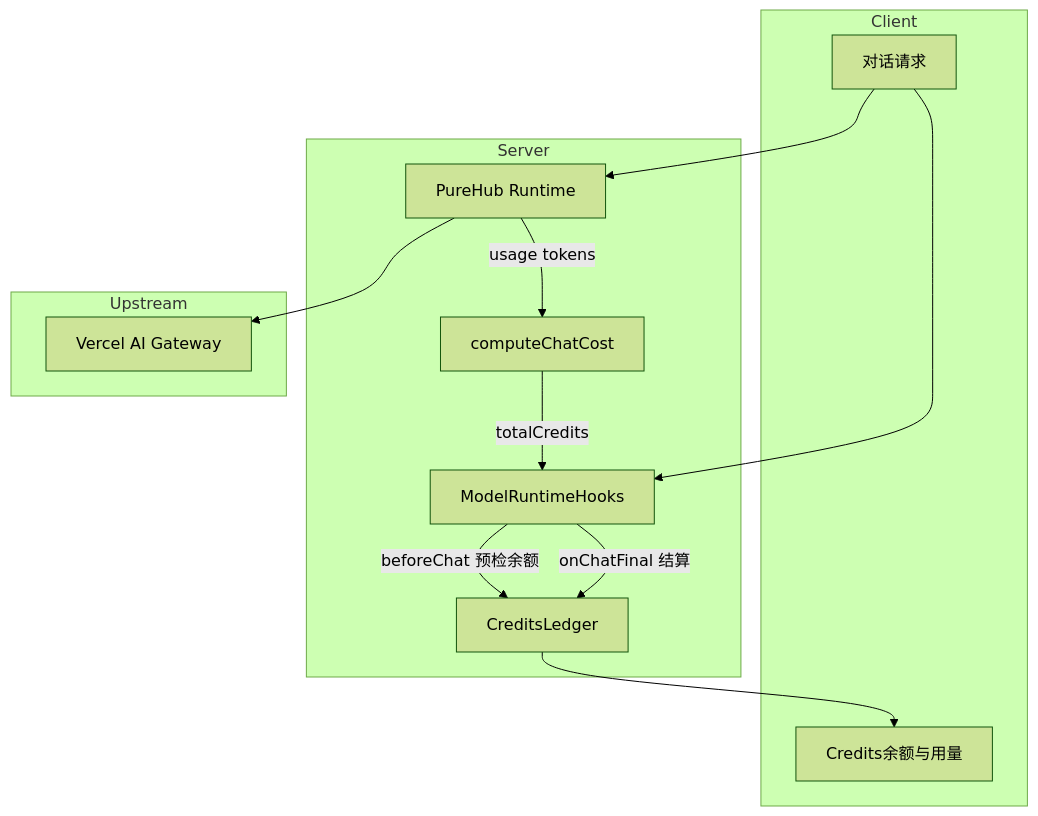
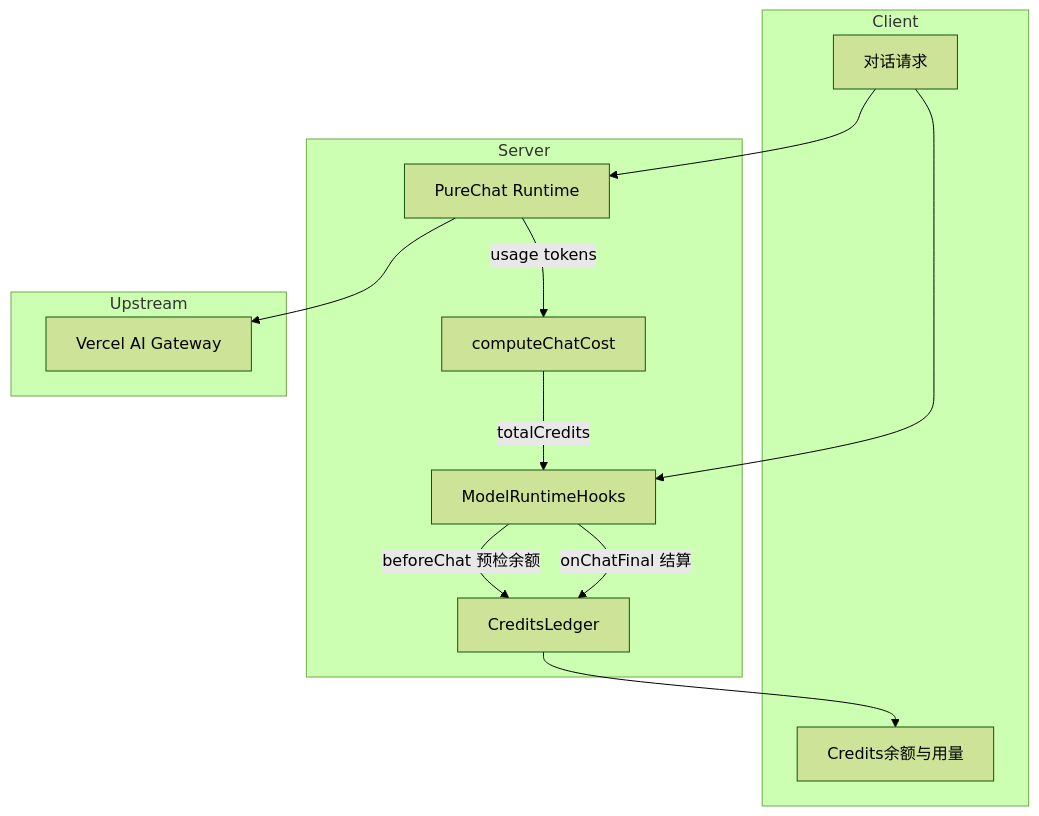
One commit to Hyk260/PureChatNext changed the diagram in docs/requirements/purechat-free-credits.md. Above: the diagram before and after it, drawn with Mermaid (forest theme). The commit also changed other lines of this file and 52 other files, not shown here.

Commit message:
refactor(purechat): rename PureHub references to PureChat across the codebase; update environment variables, documentation, and database migrations accordingly

````diff
--- a/docs/requirements/purechat-free-credits.md
+++ b/docs/requirements/purechat-free-credits.md
@@ -69,24 +69,24 @@
 ```mermaid
 flowchart TB
   subgraph client [Client]
     UI[Credits余额与用量]
     Chat[对话请求]
   end
   subgraph server [Server]
     Hooks[ModelRuntimeHooks]
     Cost[computeChatCost]
     Ledger[CreditsLedger]
-    PureHubRT[PureHub Runtime]
+    PureChatRT[PureChat Runtime]
   end
   subgraph upstream [Upstream]
     VAG[Vercel AI Gateway]
   end
   Chat --> Hooks
   Hooks -->|beforeChat 预检余额| Ledger
-  Chat --> PureHubRT
-  PureHubRT --> VAG
-  PureHubRT -->|usage tokens| Cost
+  Chat --> PureChatRT
+  PureChatRT --> VAG
+  PureChatRT -->|usage tokens| Cost
   Cost -->|totalCredits| Hooks
   Hooks -->|onChatFinal 结算| Ledger
   Ledger --> UI
 ```
````
